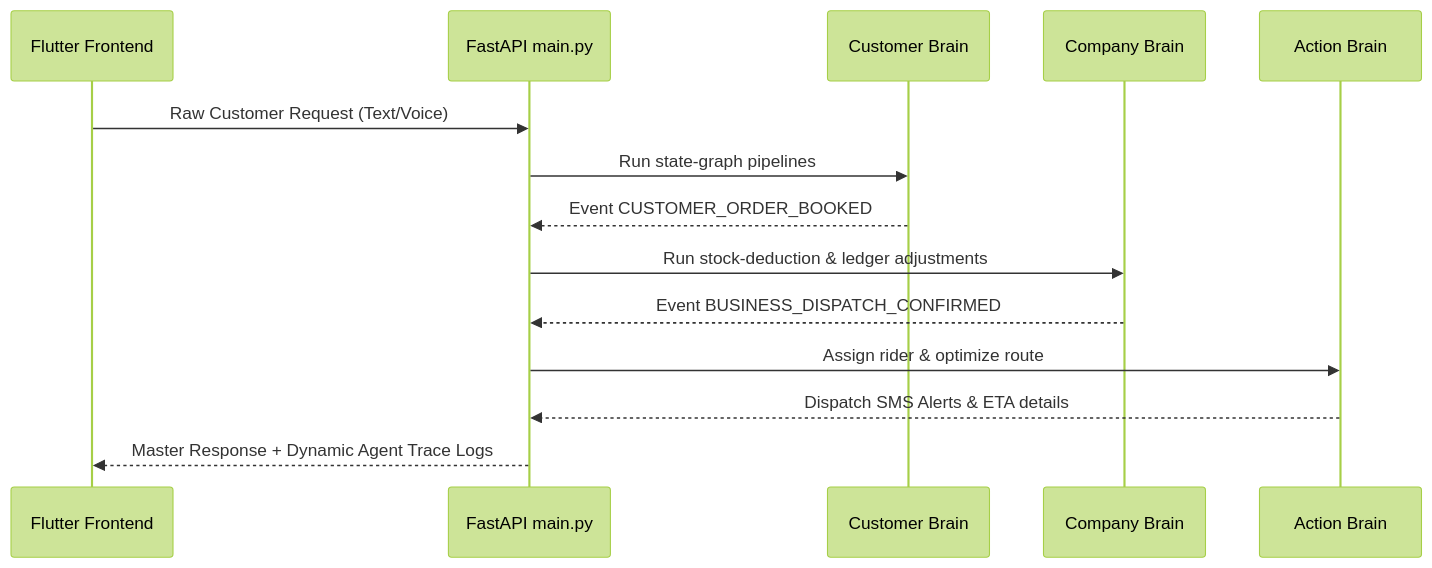
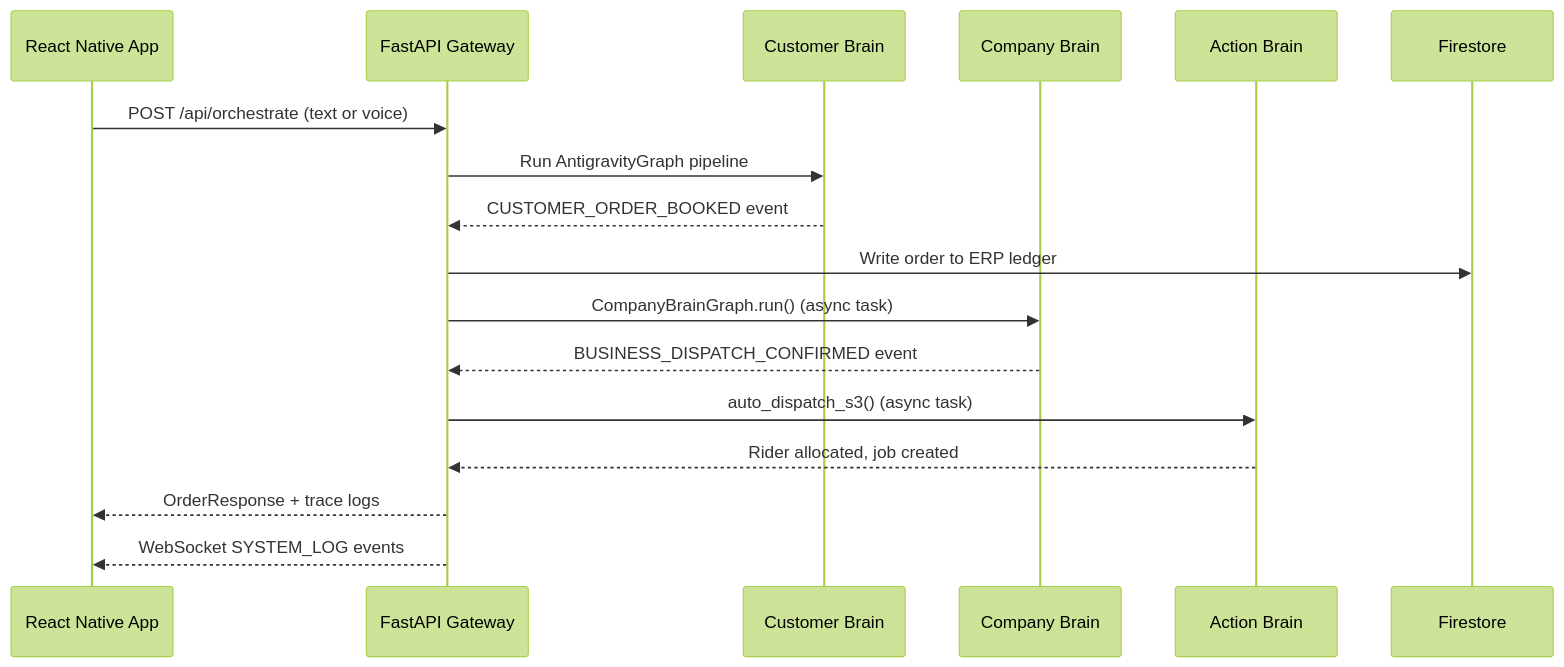
The diagram in README.md (MahyudeenShahid/Opsify), drawn with Mermaid (forest theme) before and after one commit. The commit also changed other lines of this file and 5 other files, not shown here.

Commit message:
refactor: consolidate system documentation into FEATURES.md and add .npmrc to react_native_app

````diff
--- a/README.md
+++ b/README.md
@@ -45,17 +64,20 @@
 ```mermaid
 sequenceDiagram
-    participant App as Flutter Frontend
-    participant Gateway as FastAPI main.py
-    participant C_Brain as Customer Brain
-    participant Co_Brain as Company Brain
-    participant A_Brain as Action Brain
+    participant App as React Native App
+    participant GW as FastAPI Gateway
+    participant S1 as Customer Brain
+    participant S2 as Company Brain
+    participant S3 as Action Brain
+    participant FS as Firestore
 
-    App->>Gateway: Raw Customer Request (Text/Voice)
-    Gateway->>C_Brain: Run state-graph pipelines
-    C_Brain-->>Gateway: Event CUSTOMER_ORDER_BOOKED
-    Gateway->>Co_Brain: Run stock-deduction & ledger adjustments
-    Co_Brain-->>Gateway: Event BUSINESS_DISPATCH_CONFIRMED
-    Gateway->>A_Brain: Assign rider & optimize route
-    A_Brain-->>Gateway: Dispatch SMS Alerts & ETA details
-    Gateway-->>App: Master Response + Dynamic Agent Trace Logs
+    App->>GW: POST /api/orchestrate (text or voice)
+    GW->>S1: Run AntigravityGraph pipeline
+    S1-->>GW: CUSTOMER_ORDER_BOOKED event
+    GW->>FS: Write order to ERP ledger
+    GW->>S2: CompanyBrainGraph.run() (async task)
+    S2-->>GW: BUSINESS_DISPATCH_CONFIRMED event
+    GW->>S3: auto_dispatch_s3() (async task)
+    S3-->>GW: Rider allocated, job created
+    GW-->>App: OrderResponse + trace logs
+    GW-->>App: WebSocket SYSTEM_LOG events
 ```
````
